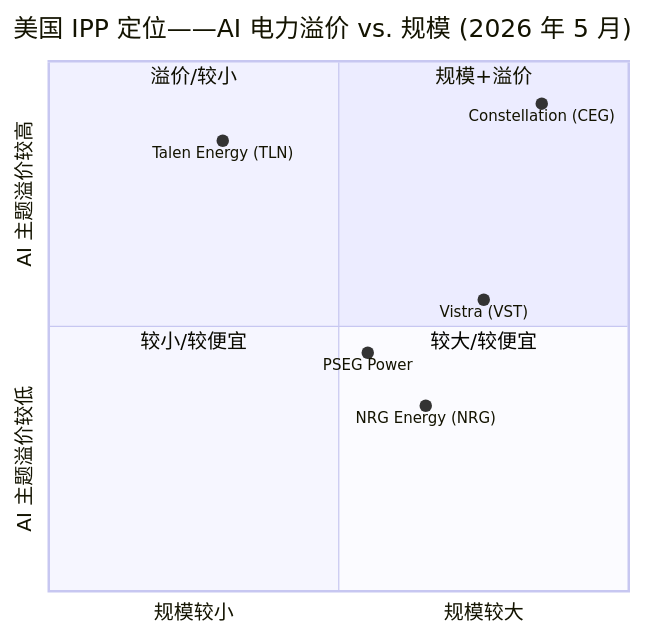
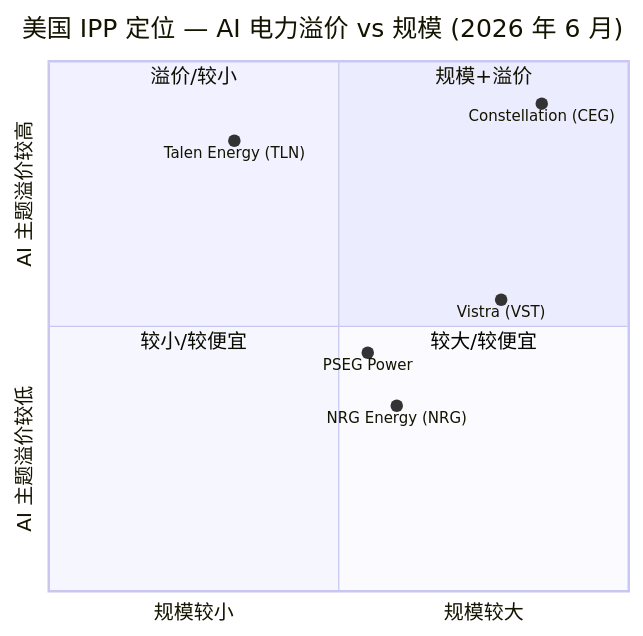
Before and after one commit to dadachundan/financial_agent: the fourth of 4 diagrams in reports/company/Talen_NASDAQ_TLN/Talen_NASDAQ_TLN_公司研究.md, drawn with Mermaid. The commit also changed other lines of this file and 14 other files, not shown here.

First line of the commit message:
feat(company-research): refresh Talen Energy (TLN) to current spec

````diff
--- a/reports/company/Talen_NASDAQ_TLN/Talen_NASDAQ_TLN_公司研究.md
+++ b/reports/company/Talen_NASDAQ_TLN/Talen_NASDAQ_TLN_公司研究.md
@@ -224,15 +863,15 @@
 ```mermaid
 quadrantChart
-    title 美国 IPP 定位——AI 电力溢价 vs. 规模 (2026 年 5 月)
+    title 美国 IPP 定位 — AI 电力溢价 vs 规模 (2026 年 6 月)
     x-axis "规模较小" --> "规模较大"
     y-axis "AI 主题溢价较低" --> "AI 主题溢价较高"
     quadrant-1 "规模+溢价"
     quadrant-2 "溢价/较小"
     quadrant-3 "较小/较便宜"
     quadrant-4 "较大/较便宜"
     "Constellation (CEG)": [0.85, 0.92]
-    "Talen Energy (TLN)": [0.30, 0.85]
-    "Vistra (VST)": [0.75, 0.55]
-    "NRG Energy (NRG)": [0.65, 0.35]
+    "Talen Energy (TLN)": [0.32, 0.85]
+    "Vistra (VST)": [0.78, 0.55]
+    "NRG Energy (NRG)": [0.60, 0.35]
     "PSEG Power": [0.55, 0.45]
 ```
````
